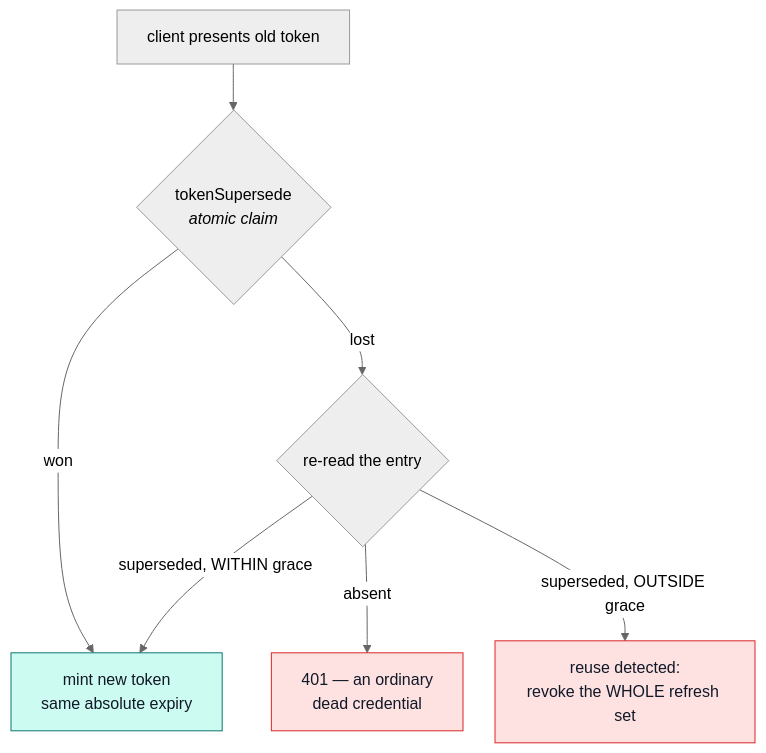
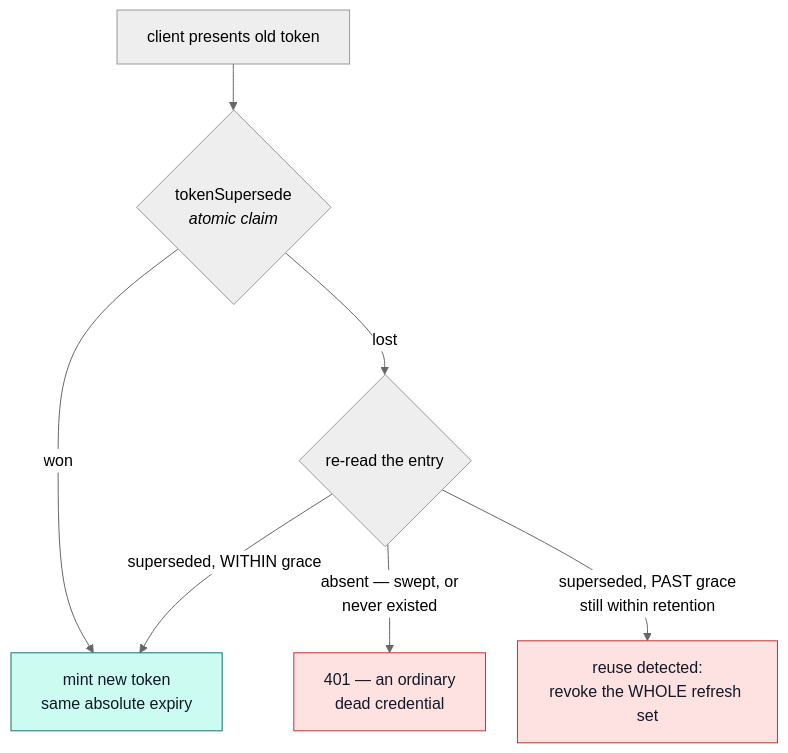
One commit to Guebbit/boilerplate-node-backend changed the second of 2 diagrams in docs/modules/account-sessions.md. Above: the diagram before and after it, drawn with Mermaid (neutral theme). The commit also changed other lines of this file and 6 other files, not shown here.

````diff
--- a/docs/modules/account-sessions.md
+++ b/docs/modules/account-sessions.md
@@ -168,15 +168,15 @@
 ```mermaid
 %%{init: {'flowchart': {'nodeSpacing': 32, 'rankSpacing': 46}}}%%
 flowchart TD
     C["client presents old token"] --> S{"tokenSupersede<br/><i>atomic claim</i>"}
     S -->|"won"| N["mint new token<br/>same absolute expiry"]
     S -->|"lost"| R{"re-read the entry"}
-    R -->|"absent"| F["401 — an ordinary<br/>dead credential"]
+    R -->|"absent — swept, or<br/>never existed"| F["401 — an ordinary<br/>dead credential"]
     R -->|"superseded, WITHIN grace"| N
-    R -->|"superseded, OUTSIDE grace"| X["reuse detected:<br/>revoke the WHOLE refresh set"]
+    R -->|"superseded, PAST grace<br/>still within retention"| X["reuse detected:<br/>revoke the WHOLE refresh set"]
 
     classDef ok fill:#ccfbf1,stroke:#0f766e,color:#111827;
     classDef bad fill:#fee2e2,stroke:#dc2626,color:#111827;
     class N ok;
     class F,X bad;
 ```
````
